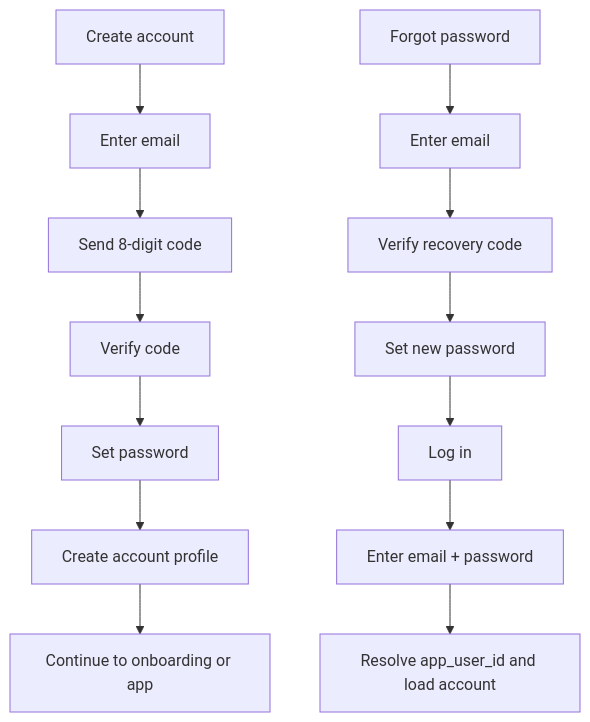
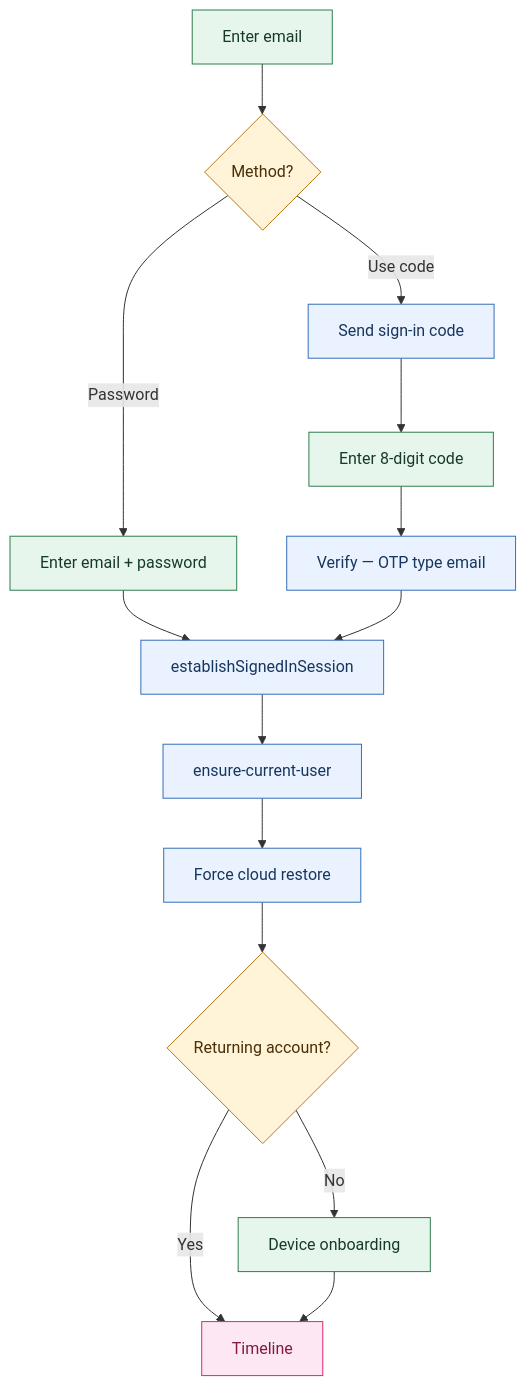
One commit to asymfermion/tailo-monolith changed the sixth of 7 diagrams in docs/architecture/authentication-and-account-flows.md. Above: the diagram before and after it, drawn with Mermaid. The commit also changed other lines of this file and 166 other files, not shown here.

Commit message:
Finish user registration email workflow

````diff
--- a/docs/architecture/authentication-and-account-flows.md
+++ b/docs/architecture/authentication-and-account-flows.md
@@ -129,15 +349,26 @@
 ```mermaid
 flowchart TD
-  A[Create account] --> B[Enter email]
-  B --> C[Send 8-digit code]
-  C --> D[Verify code]
-  D --> E[Set password]
-  E --> F[Create account profile]
-  F --> G[Continue to onboarding or app]
-  H[Log in] --> I[Enter email + password]
-  I --> J[Resolve app_user_id and load account]
-  K[Forgot password] --> L[Enter email]
-  L --> M[Verify recovery code]
-  M --> N[Set new password]
-  N --> H
+  A[Enter email] --> B{Method?}
+  B -->|Password| C[Enter email + password]
+  B -->|Use code| D[Send sign-in code]
+  D --> E[Enter 8-digit code]
+  E --> F[Verify — OTP type email]
+  C --> G[establishSignedInSession]
+  F --> G
+  G --> H[ensure-current-user]
+  H --> I[Force cloud restore]
+  I --> J{Returning account?}
+  J -->|Yes| K[Timeline]
+  J -->|No| L[Device onboarding]
+  L --> K
+
+  classDef userAction fill:#e7f6ed,stroke:#2f7d4c,color:#173a27,stroke-width:1px
+  classDef appAction fill:#eaf2ff,stroke:#3570b7,color:#17365d,stroke-width:1px
+  classDef decision fill:#fff3d8,stroke:#b7791f,color:#4a2f08,stroke-width:1px
+  classDef timeline fill:#fce7f3,stroke:#db2777,color:#831843,stroke-width:1px
+
+  class A,C,E,L userAction
+  class D,F,G,H,I appAction
+  class B,J decision
+  class K timeline
 ```
````
